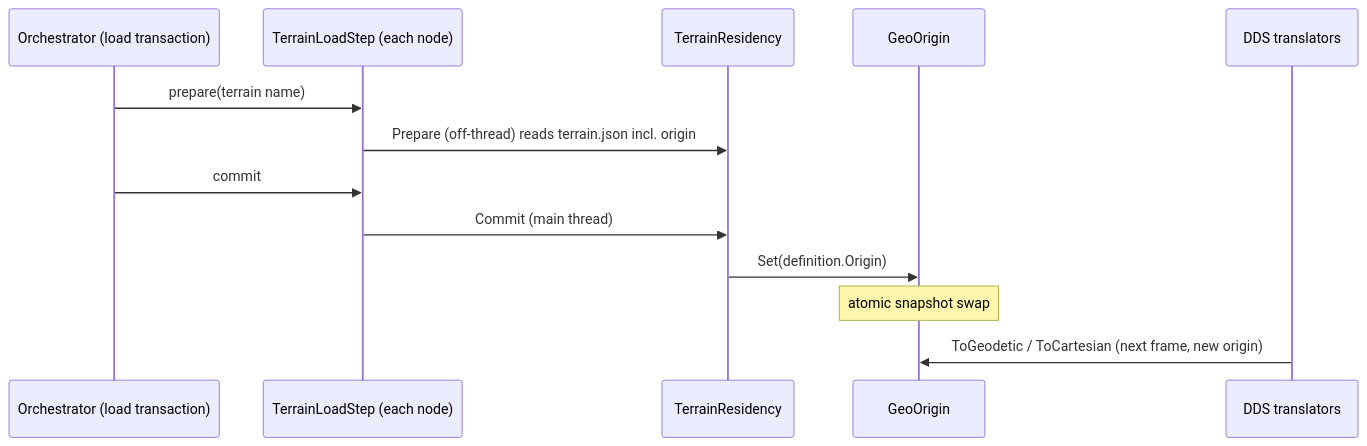
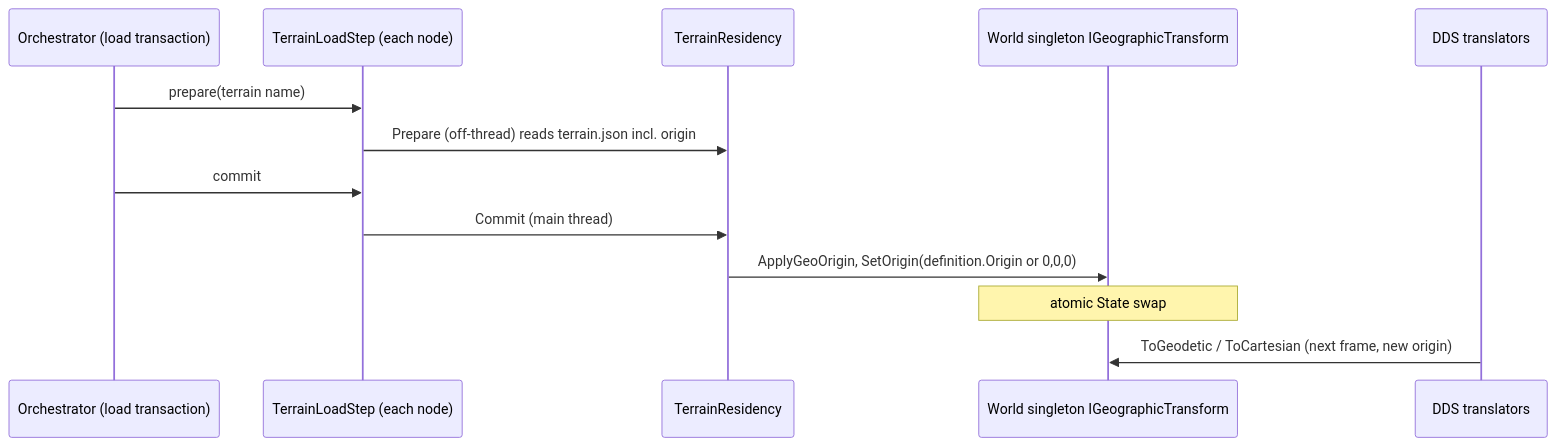
Before and after one commit to pjanec/HROT: the second of 3 diagrams in docs/DESIGN_Geo_Origin.md, drawn with Mermaid. The commit also changed other lines of this file and 45 other files, not shown here.

First line of the commit message:
CE-3126 (WIP, build not yet verified): geo origin comes from the terrain file

````diff
--- a/docs/DESIGN_Geo_Origin.md
+++ b/docs/DESIGN_Geo_Origin.md
@@ -86,15 +89,15 @@
 ```mermaid
 sequenceDiagram
   participant O as Orchestrator (load transaction)
   participant T as TerrainLoadStep (each node)
   participant R as TerrainResidency
-  participant G as GeoOrigin
+  participant G as World singleton IGeographicTransform
   participant X as DDS translators
   O->>T: prepare(terrain name)
   T->>R: Prepare (off-thread) reads terrain.json incl. origin
   O->>T: commit
   T->>R: Commit (main thread)
-  R->>G: Set(definition.Origin)
-  Note over G: atomic snapshot swap
+  R->>G: ApplyGeoOrigin, SetOrigin(definition.Origin or 0,0,0)
+  Note over G: atomic State swap
   X->>G: ToGeodetic / ToCartesian (next frame, new origin)
 ```
````
